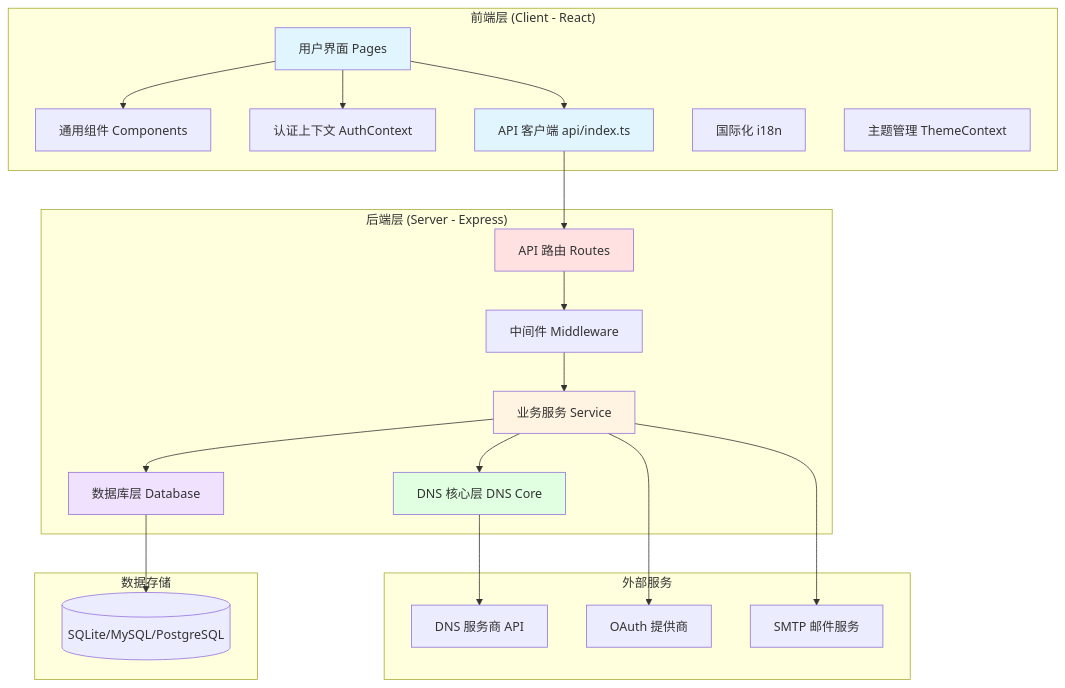
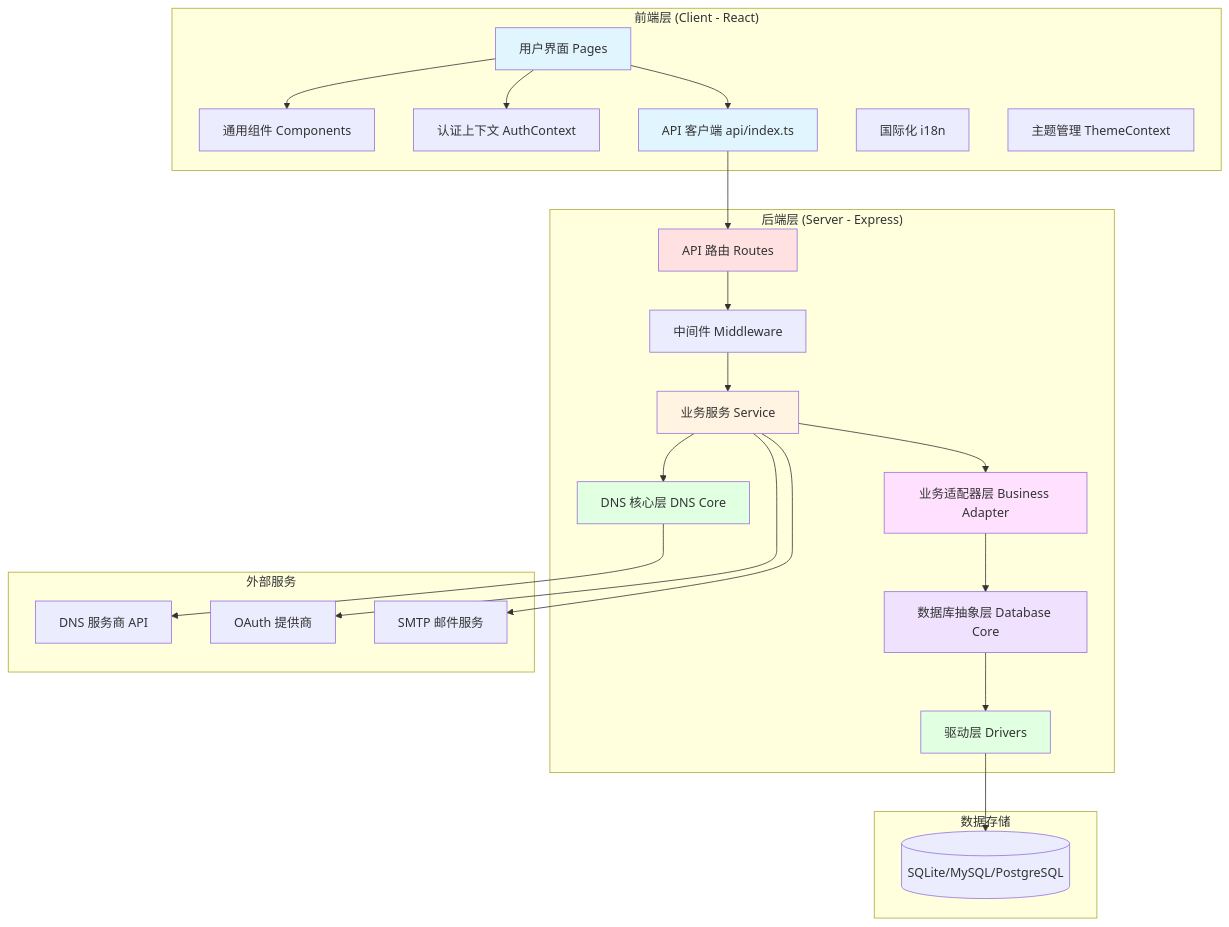
Before and after one commit to HiPM-Tech/DNSMgr: the first of 10 diagrams in FLOW.md, drawn with Mermaid. The commit also changed other lines of this file and 1 other file, not shown here.

First line of the commit message:
docs: update architecture and flow documentation

````diff
--- a/FLOW.md
+++ b/FLOW.md
@@ -17,49 +18,55 @@
 ```mermaid
 graph TB
     subgraph "前端层 (Client - React)"
         UI[用户界面 Pages]
         Components[通用组件 Components]
         AuthContext[认证上下文 AuthContext]
         API[API 客户端 api/index.ts]
         I18n[国际化 i18n]
         Theme[主题管理 ThemeContext]
     end
 
     subgraph "后端层 (Server - Express)"
         Routes[API 路由 Routes]
         Middleware[中间件 Middleware]
         Service[业务服务 Service]
         DNS[DNS 核心层 DNS Core]
-        DB[数据库层 Database]
+        DBAdapter[业务适配器层 Business Adapter]
+        DB[数据库抽象层 Database Core]
+        Drivers[驱动层 Drivers]
     end
 
     subgraph "外部服务"
         DNSProviders[DNS 服务商 API]
         OAuth[OAuth 提供商]
         SMTP[SMTP 邮件服务]
     end
 
     subgraph "数据存储"
         SQLite[(SQLite/MySQL/PostgreSQL)]
     end
 
     UI --> Components
     UI --> AuthContext
     UI --> API
     API --> Routes
     Routes --> Middleware
     Middleware --> Service
-    Service --> DB
+    Service --> DBAdapter
+    DBAdapter --> DB
+    DB --> Drivers
+    Drivers --> SQLite
     Service --> DNS
     DNS --> DNSProviders
     Service --> OAuth
     Service --> SMTP
-    DB --> SQLite
 
     style UI fill:#e1f5ff
     style API fill:#e1f5ff
     style Routes fill:#ffe1e1
     style Service fill:#fff4e1
+    style DBAdapter fill:#ffe1ff
+    style DB fill:#f0e1ff
+    style Drivers fill:#e1ffe1
     style DNS fill:#e1ffe1
-    style DB fill:#f0e1ff
 ```
````
